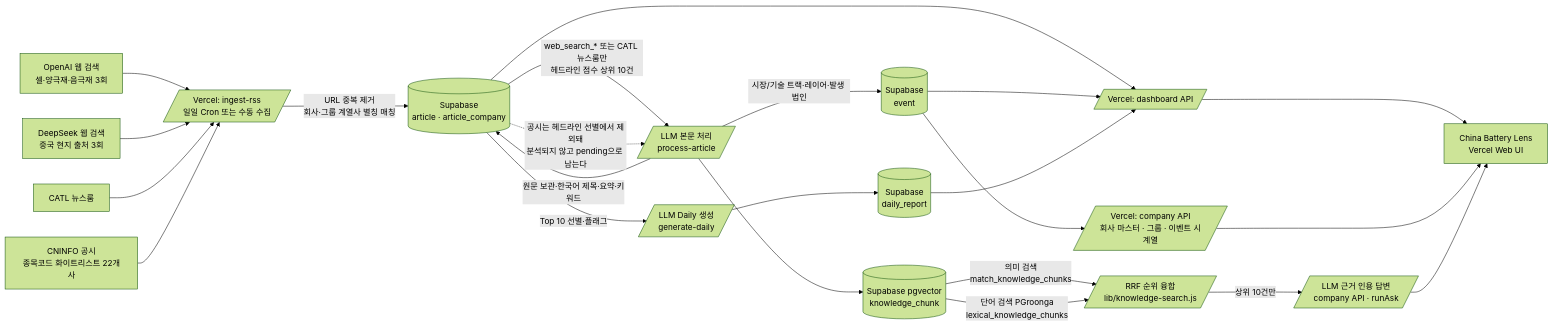
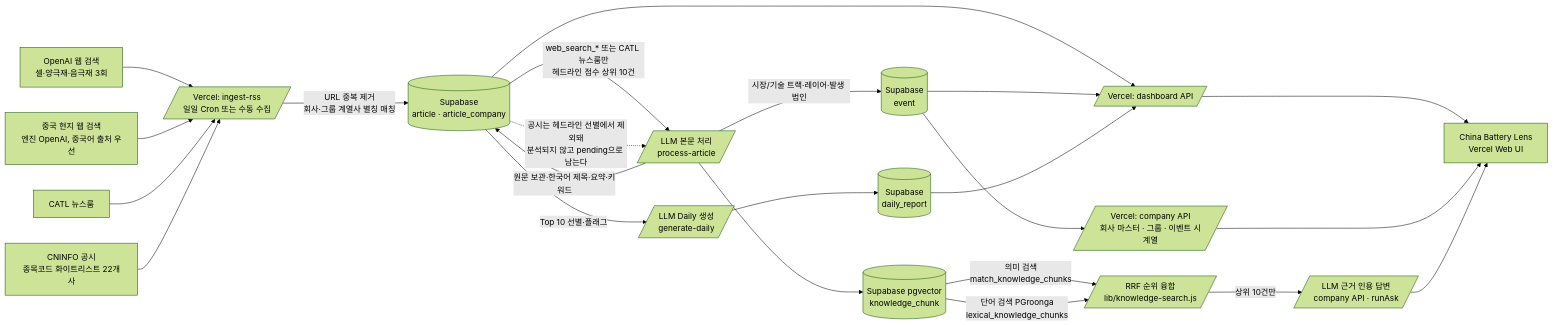
One commit to dongiljeffjang-ux/china_battery_info changed the first of 2 diagrams in architecture.md. Above: the diagram before and after it, drawn with Mermaid (forest theme). The commit also changed 9 other files, not shown here.

````diff
--- a/architecture.md
+++ b/architecture.md
@@ -17,32 +17,32 @@
 ```mermaid
 flowchart LR
   OAI[OpenAI 웹 검색<br>셀·양극재·음극재 3회] --> INGEST
-  DS[DeepSeek 웹 검색<br>중국 현지 출처 3회] --> INGEST
+  DS[중국 현지 웹 검색<br>엔진 OpenAI, 중국어 출처 우선] --> INGEST
   CATLNEWS[CATL 뉴스룸] --> INGEST
   CNINFO[CNINFO 공시<br>종목코드 화이트리스트 22개사] --> INGEST
 
   INGEST[/Vercel: ingest-rss<br>일일 Cron 또는 수동 수집/]
   INGEST -->|URL 중복 제거<br>회사·그룹 계열사 별칭 매칭| ARTICLE[(Supabase<br>article · article_company)]
 
   ARTICLE -->|web_search_* 또는 CATL 뉴스룸만<br>헤드라인 점수 상위 10건| PROCESS[/LLM 본문 처리<br>process-article/]
   ARTICLE -.->|공시는 헤드라인 선별에서 제외돼<br>분석되지 않고 pending으로 남는다| PROCESS
 
   PROCESS -->|원문 보관·한국어 제목·요약·키워드| ARTICLE
   PROCESS -->|시장/기술 트랙·레이어·발생 법인| EVENT[(Supabase<br>event)]
   PROCESS --> VECTOR[(Supabase pgvector<br>knowledge_chunk)]
 
   ARTICLE -->|Top 10 선별·플래그| DAILY[/LLM Daily 생성<br>generate-daily/]
   DAILY --> REPORT[(Supabase<br>daily_report)]
 
   ARTICLE --> DASH[/Vercel: dashboard API/]
   EVENT --> DASH
   REPORT --> DASH
   DASH --> UI[China Battery Lens<br>Vercel Web UI]
 
   EVENT --> COMPANY[/Vercel: company API<br>회사 마스터 · 그룹 · 이벤트 시계열/]
   COMPANY --> UI
   VECTOR -->|의미 검색<br>match_knowledge_chunks| FUSE[/RRF 순위 융합<br>lib/knowledge-search.js/]
   VECTOR -->|단어 검색 PGroonga<br>lexical_knowledge_chunks| FUSE
   FUSE -->|상위 10건만| ASK[/LLM 근거 인용 답변<br>company API · runAsk/]
   ASK --> UI
 ```
````
